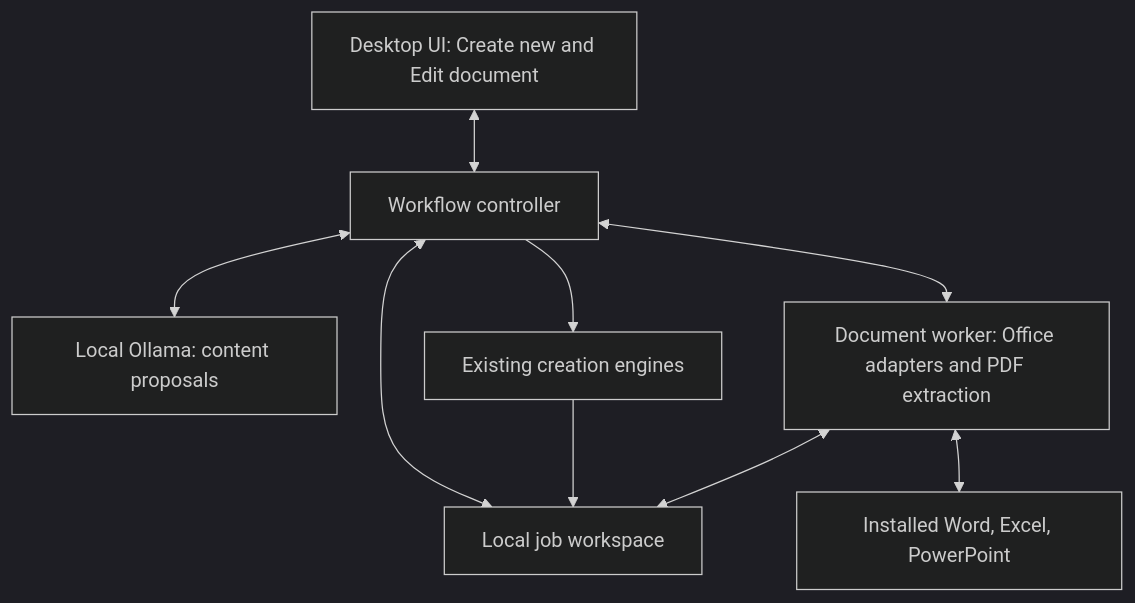
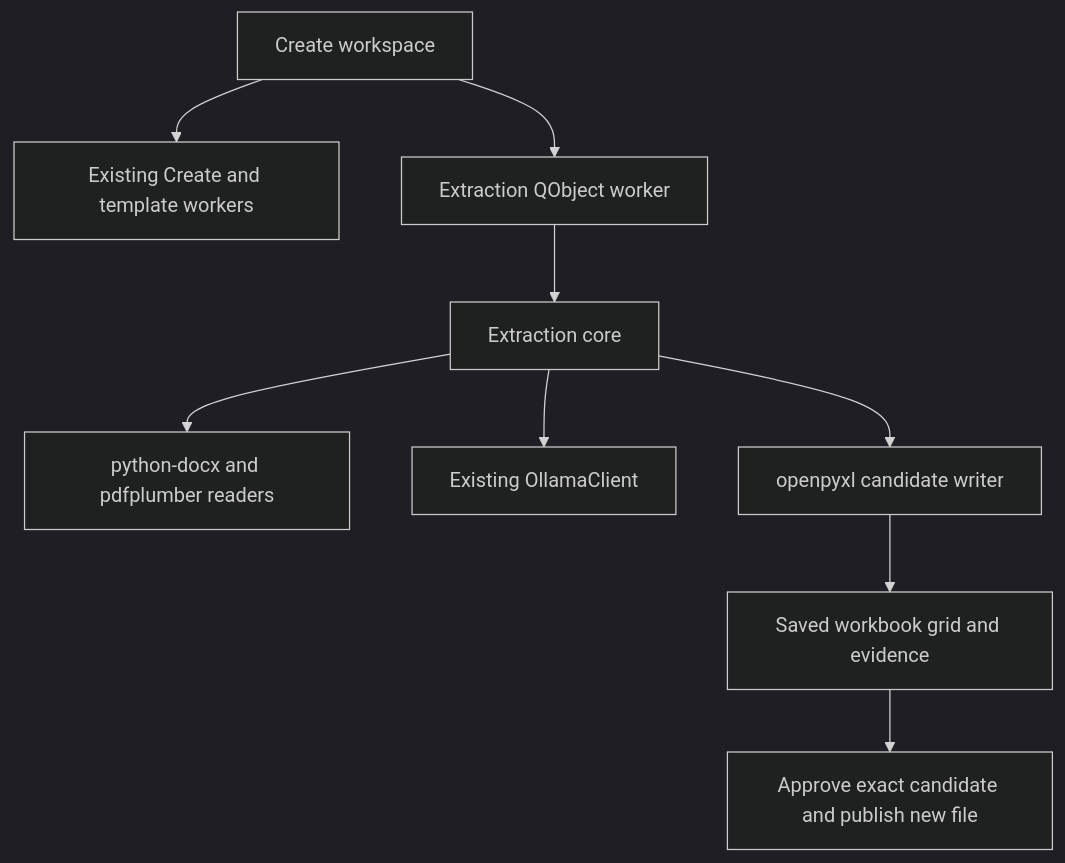
The diagram in docs/superpowers/specs/2026-10-08-document-architecture-design.md (alexnosx/Simplicitor), drawn with Mermaid (dark theme) before and after one commit. The commit also changed other lines of this file and 11 other files, not shown here.

Commit message:
docs: scope first release to grounded document extraction

````diff
--- a/docs/superpowers/specs/2026-10-08-document-architecture-design.md
+++ b/docs/superpowers/specs/2026-10-08-document-architecture-design.md
@@ -23,11 +9,11 @@
-```mermaid
+~~~mermaid
 flowchart TD
-    UI[Desktop UI: Create new and Edit document] <--> FLOW[Workflow controller]
-    FLOW <--> AI[Local Ollama: content proposals]
-    FLOW --> CREATE[Existing creation engines]
-    FLOW <--> OFFICE[Document worker: Office adapters and PDF extraction]
-    OFFICE <--> MS[Installed Word, Excel, PowerPoint]
-    FLOW <--> FILES[Local job workspace]
-    CREATE --> FILES
-    OFFICE <--> FILES
-```
+    UI[Create workspace] --> OLD[Existing Create and template workers]
+    UI --> WORKER[Extraction QObject worker]
+    WORKER --> CORE[Extraction core]
+    CORE --> READERS[python-docx and pdfplumber readers]
+    CORE --> MODEL[Existing OllamaClient]
+    CORE --> WRITE[openpyxl candidate writer]
+    WRITE --> GRID[Saved workbook grid and evidence]
+    GRID --> SAVE[Approve exact candidate and publish new file]
+~~~
````
